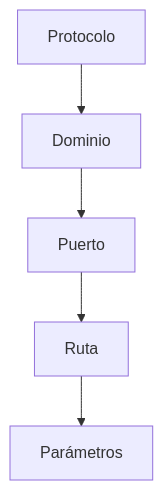
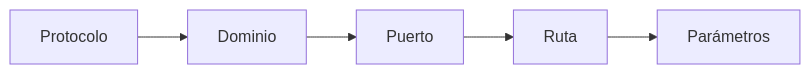
The diagram in content/posts/2022/10/Proceso_Carga_De_Web/proceso_carga_pagina_web.md (usarral/blog), drawn with Mermaid before and after one commit. The commit also changed other lines of this file and 3 other files, not shown here.

Commit message:
Fix Mermaid and finished Proceso Carga Web

````diff
--- a/content/posts/2022/10/Proceso_Carga_De_Web/proceso_carga_pagina_web.md
+++ b/content/posts/2022/10/Proceso_Carga_De_Web/proceso_carga_pagina_web.md
@@ -45,12 +45,12 @@
-```mermaid
-graph TD
-    A[Protocolo]
-    B[Dominio]
-    C[Puerto]
-    D[Ruta]
-    E[Parámetros]
-    A --> B
-    B --> C
-    C --> D
-    D --> E
-```
+    ```mermaid
+    flowchart LR;
+        A[Protocolo]
+        B[Dominio]
+        C[Puerto]
+        D[Ruta]
+        E[Parámetros]
+        A --> B
+        B --> C
+        C --> D
+        D --> E
+    ```
````
